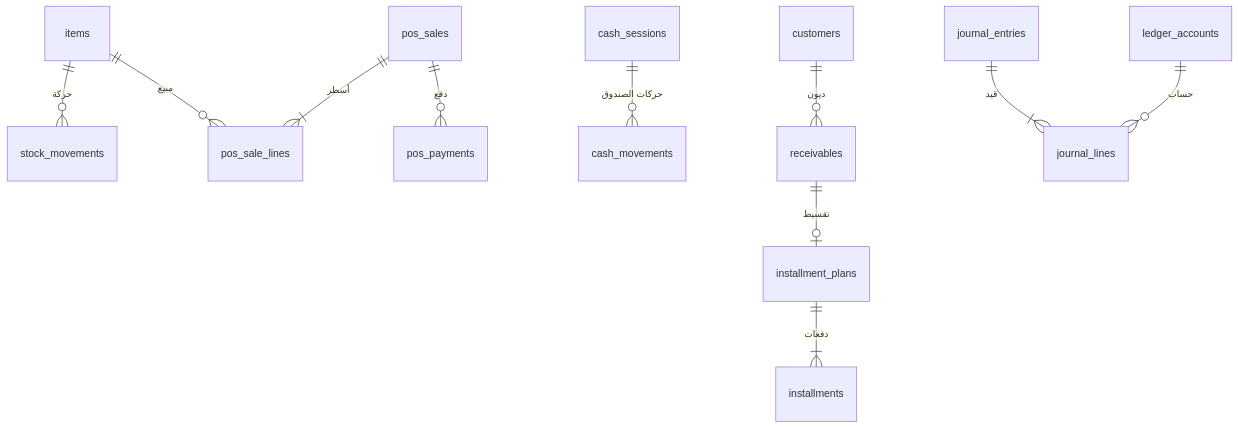
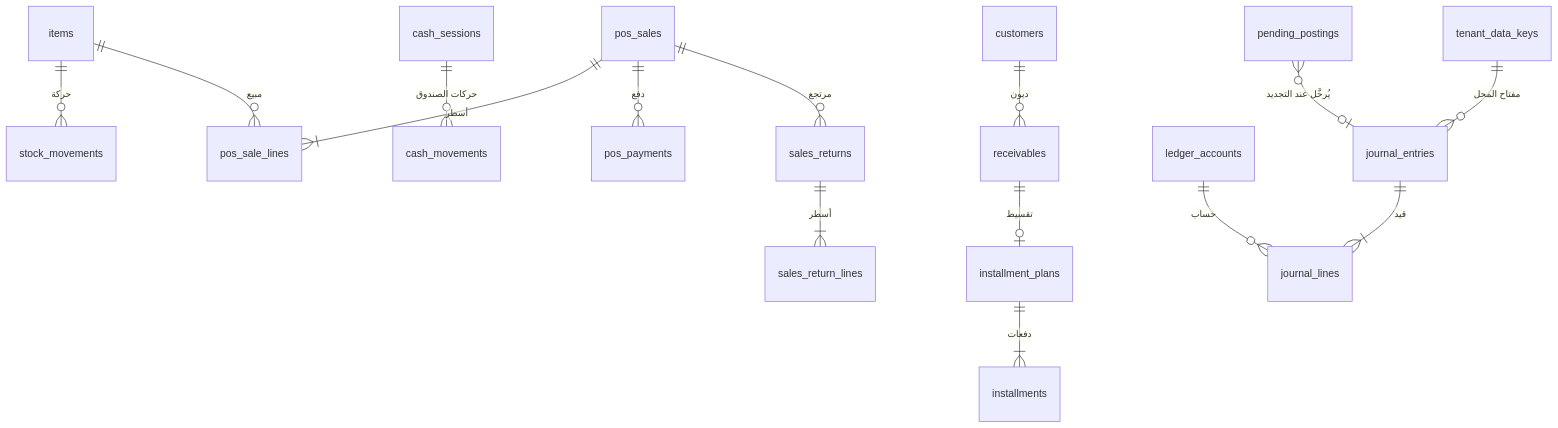
Before and after one commit to servacode/imei: the eighth of 10 diagrams in docs/09-data-model.md, drawn with Mermaid. The commit also changed other lines of this file and 15 other files, not shown here.

````diff
--- a/docs/09-data-model.md
+++ b/docs/09-data-model.md
@@ -206,13 +257,17 @@
 ```mermaid
 erDiagram
     items ||--o{ stock_movements : "حركة"
     items ||--o{ pos_sale_lines : "مبيع"
     pos_sales ||--|{ pos_sale_lines : "أسطر"
     pos_sales ||--o{ pos_payments : "دفع"
     cash_sessions ||--o{ cash_movements : "حركات الصندوق"
     customers ||--o{ receivables : "ديون"
     receivables ||--o| installment_plans : "تقسيط"
     installment_plans ||--|{ installments : "دفعات"
     journal_entries ||--|{ journal_lines : "قيد"
     ledger_accounts ||--o{ journal_lines : "حساب"
+    pos_sales ||--o{ sales_returns : "مرتجع"
+    sales_returns ||--|{ sales_return_lines : "أسطر"
+    pending_postings }o--o| journal_entries : "يُرحَّل عند التجديد"
+    tenant_data_keys ||--o{ journal_entries : "مفتاح المحل"
 ```
````
